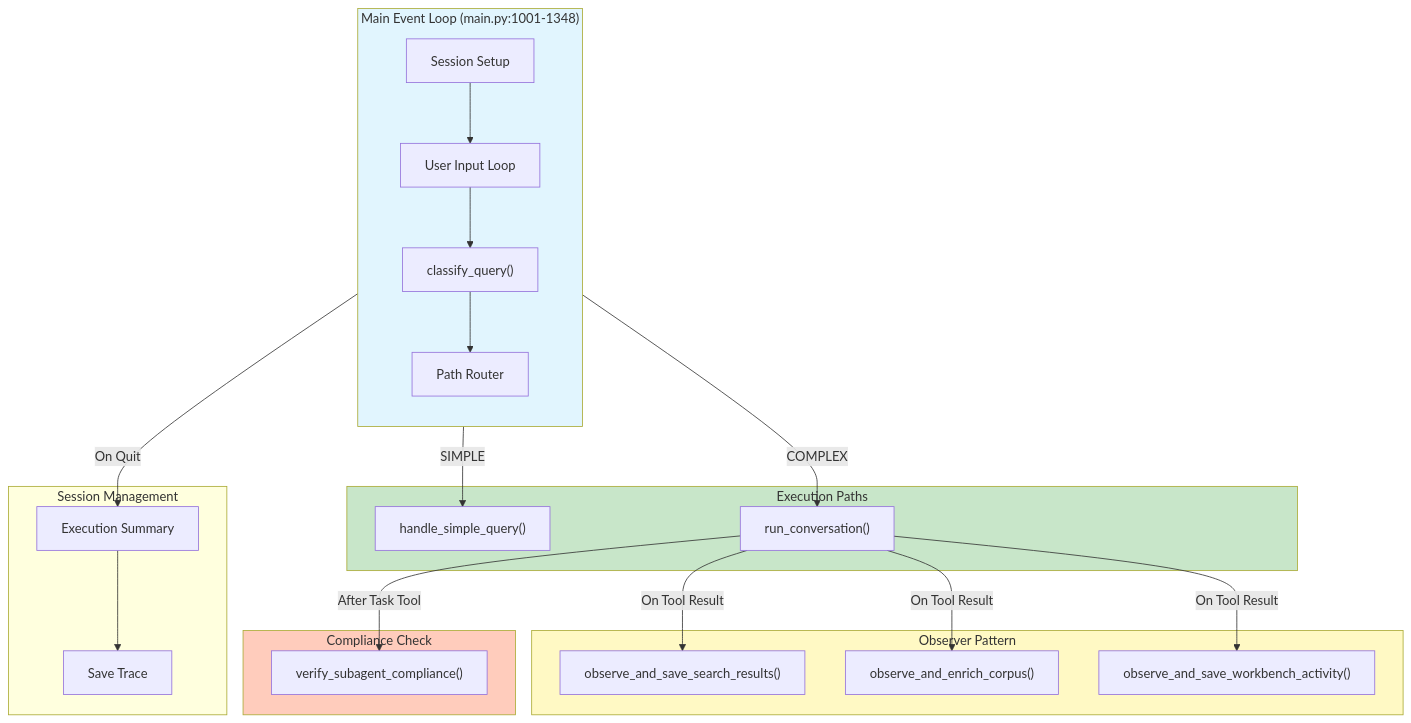
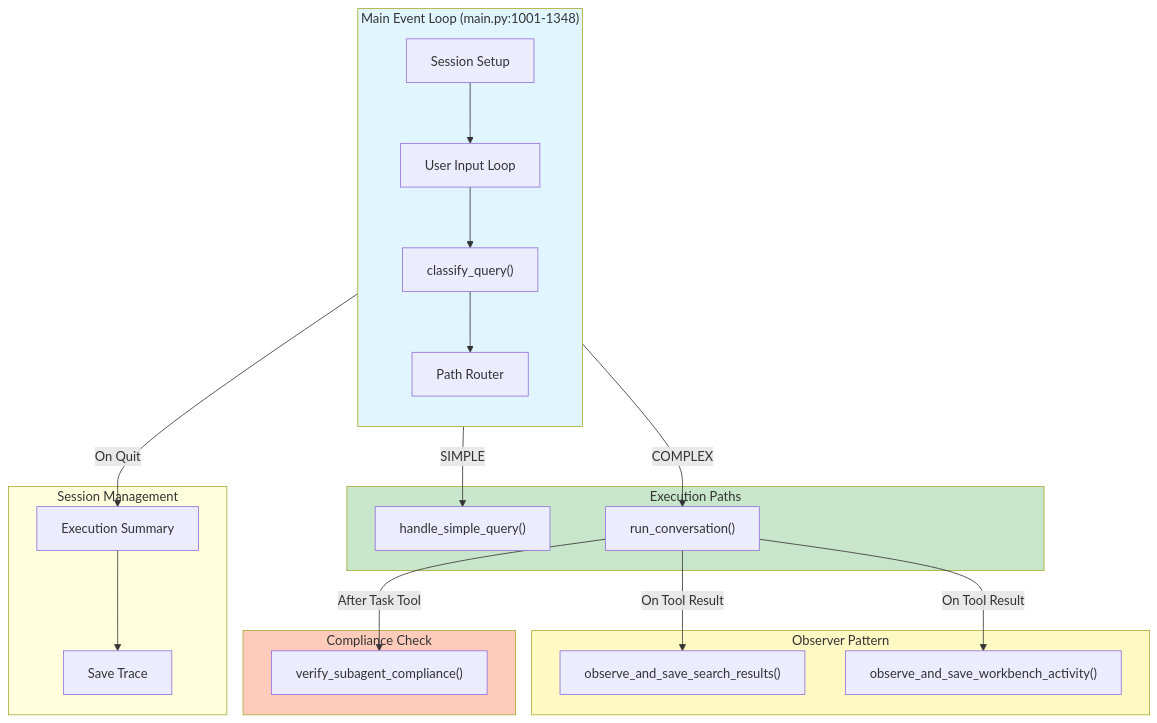
Before and after one commit to Kjdragan/universal_agent: the fifth of 15 diagrams in Project_Documentation/Architecture/01_overall_system_architecture.md, drawn with Mermaid. The commit also changed other lines of this file and 15 other files, not shown here.

````diff
--- a/Project_Documentation/Architecture/01_overall_system_architecture.md
+++ b/Project_Documentation/Architecture/01_overall_system_architecture.md
@@ -320,51 +308,49 @@
 ```mermaid
 flowchart TB
     subgraph MainLoop["Main Event Loop (main.py:1001-1348)"]
         direction TB
         Session["Session Setup"]
         InputLoop["User Input Loop"]
         Classify["classify_query()"]
         Router["Path Router"]
     end
 
     subgraph Paths["Execution Paths"]
         Fast["handle_simple_query()"]
         Complex["run_conversation()"]
     end
 
     subgraph Observers["Observer Pattern"]
         SearchObs["observe_and_save_search_results()"]
-        CorpusObs["observe_and_enrich_corpus()"]
         WorkbenchObs["observe_and_save_workbench_activity()"]
     end
 
     subgraph Validation["Compliance Check"]
         Verify["verify_subagent_compliance()"]
     end
 
     subgraph Output["Session Management"]
         Summary["Execution Summary"]
         Trace["Save Trace"]
     end
 
     Session --> InputLoop
     InputLoop --> Classify
     Classify --> Router
 
     Router -->|SIMPLE| Fast
     Router -->|COMPLEX| Complex
 
     Complex -->|"On Tool Result"| SearchObs
-    Complex -->|"On Tool Result"| CorpusObs
     Complex -->|"On Tool Result"| WorkbenchObs
 
     Complex -->|"After Task Tool"| Verify
 
     InputLoop -->|"On Quit"| Summary
     Summary --> Trace
 
     style MainLoop fill:#e1f5fe
     style Paths fill:#c8e6c9
     style Observers fill:#fff9c4
     style Validation fill:#ffccbc
 ```
````
